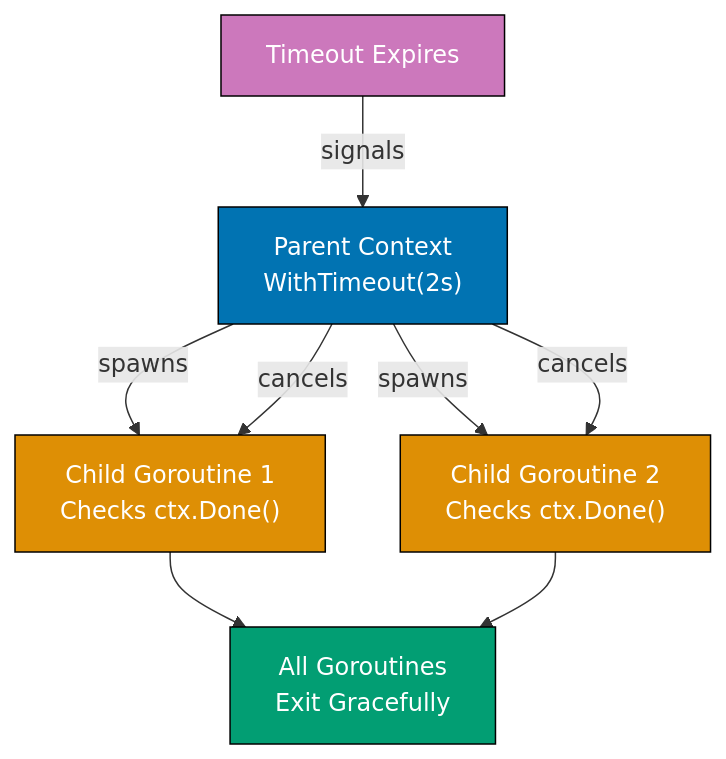
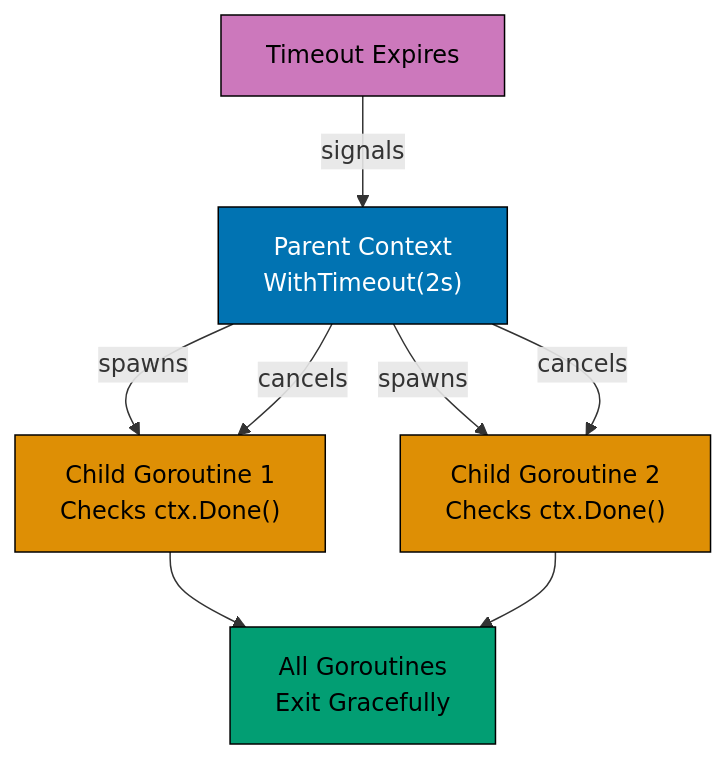
Before and after one commit to wahidyankf/ose-public: the ninth of 12 diagrams in apps/ayokoding-www/content/en/learn/legacy/software-engineering/programming-languages/golang/by-example/intermediate.md, drawn with Mermaid. The commit also changed other lines of this file and 112 other files, not shown here.

First line of the commit message:
fix(mermaid): bring the legacy programming-languages diagrams onto the accessible palette

````diff
--- a/apps/ayokoding-www/content/en/learn/legacy/software-engineering/programming-languages/golang/by-example/intermediate.md
+++ b/apps/ayokoding-www/content/en/learn/legacy/software-engineering/programming-languages/golang/by-example/intermediate.md
@@ -2814,23 +2865,30 @@
 ```mermaid
 %% Color Palette: Blue #0173B2, Orange #DE8F05, Teal #029E73, Purple #CC78BC, Brown #CA9161
 graph TD
+    accTitle: Example 52: Context Cancellation Patterns
+    accDescr: Graph with 5 nodes and 7 connections. Nodes: Parent Context WithTimeout(2s), Child Goroutine 1 Checks ctx.Done(), Child Goroutine 2 Checks ctx.Done(), Timeout Expires, All Goroutines Exit Gracefully. Connections: Parent Context WithTimeout(2s) to Child Goroutine 1 Checks ctx.Done() (spawns), Parent Context WithTimeout(2s) to Child Goroutine 2 Checks ctx.Done() (spawns), Timeout Expires to Parent Context WithTimeout(2s) (signals), Parent Context WithTimeout(2s) to Child Goroutine 1 Checks ctx.Done() (cancels), Parent Context WithTimeout(2s) to Child Goroutine 2 Checks ctx.Done() (cancels), Child Goroutine 1 Checks ctx.Done() to All Goroutines Exit Gracefully, Child Goroutine 2 Checks ctx.Done() to All Goroutines Exit Gracefully.
     A["Parent Context<br/>WithTimeout(2s)"]
     B["Child Goroutine 1<br/>Checks ctx.Done()"]
     C["Child Goroutine 2<br/>Checks ctx.Done()"]
     D["Timeout Expires"]
     E["All Goroutines<br/>Exit Gracefully"]
 
     A -->|spawns| B
     A -->|spawns| C
     D -->|signals| A
     A -->|cancels| B
     A -->|cancels| C
     B --> E
     C --> E
 
-    style A fill:#0173B2,stroke:#000,color:#fff
-    style B fill:#DE8F05,stroke:#000,color:#fff
-    style C fill:#DE8F05,stroke:#000,color:#fff
-    style D fill:#CC78BC,stroke:#000,color:#fff
-    style E fill:#029E73,stroke:#000,color:#fff
+    classDef pal-0173B2 fill:#0173B2,stroke:#000000,color:#FFFFFF
+    class A pal-0173B2
+    classDef pal-DE8F05 fill:#DE8F05,stroke:#000000,color:#000000
+    class B pal-DE8F05
+    class C pal-DE8F05
+    classDef pal-CC78BC fill:#CC78BC,stroke:#000000,color:#000000
+    class D pal-CC78BC
+    classDef pal-029E73 fill:#029E73,stroke:#000000,color:#000000
+    class E pal-029E73
+    classDef default fill:#FFFFFF,stroke:#000000,color:#000000
 ```
````
